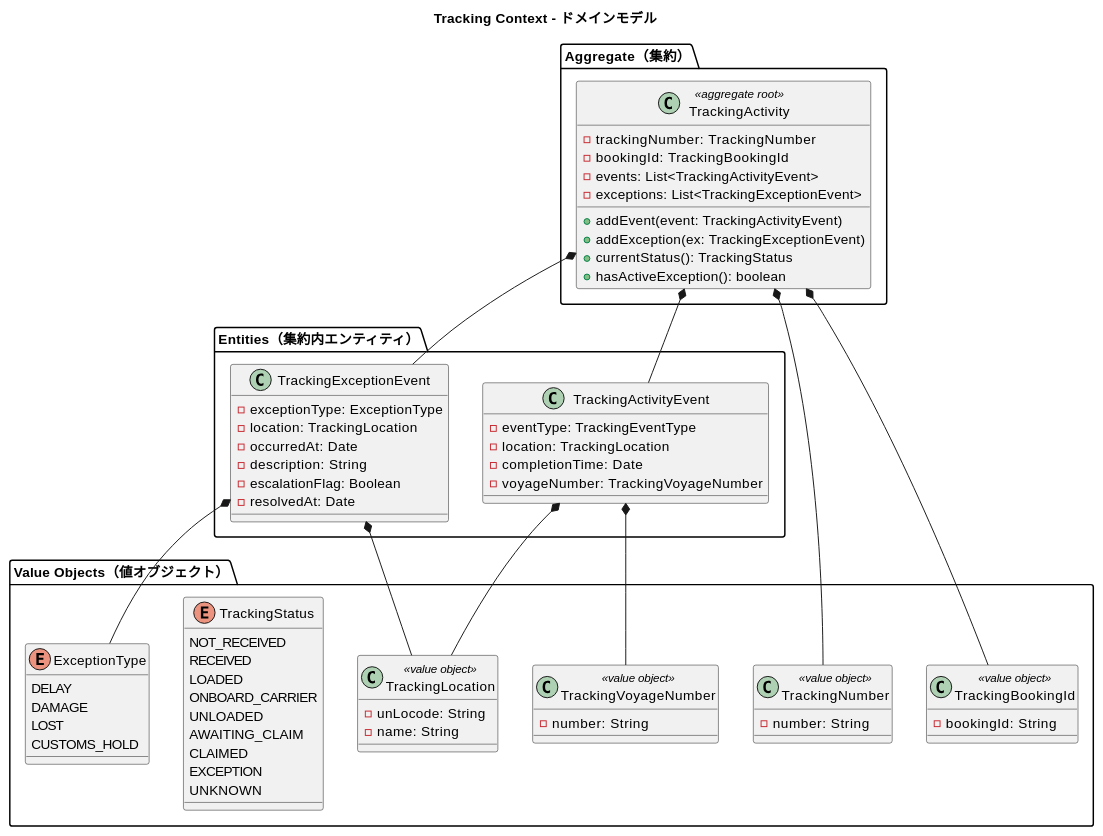
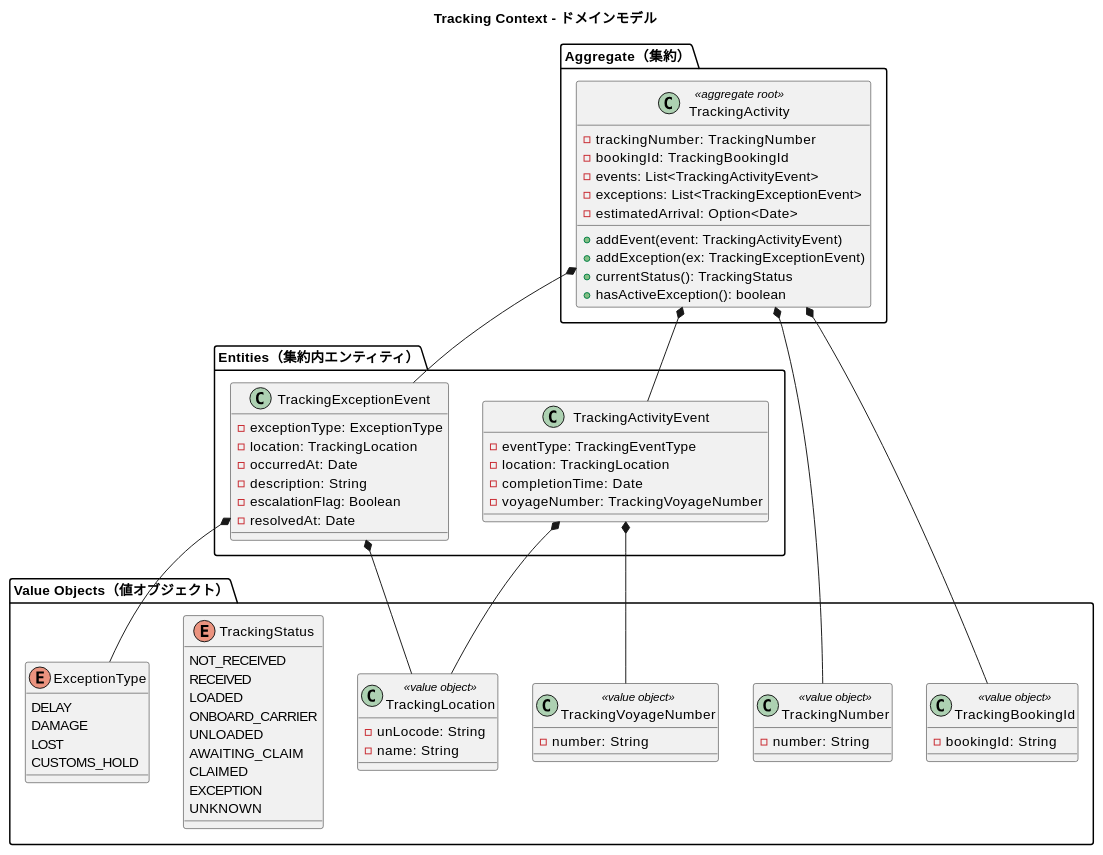
Before and after one commit to k2works/case-study-cargo-tracker: the sixth of 11 diagrams in docs/design/domain-model.md, drawn with PlantUML. The commit also changed other lines of this file and 3 other files, not shown here.

````diff
--- a/docs/design/domain-model.md
+++ b/docs/design/domain-model.md
@@ -561,78 +561,79 @@
 ```plantuml
 @startuml
 title Tracking Context - ドメインモデル
 
 package "Aggregate（集約）" {
   class TrackingActivity <<aggregate root>> {
     -trackingNumber: TrackingNumber
     -bookingId: TrackingBookingId
     -events: List<TrackingActivityEvent>
     -exceptions: List<TrackingExceptionEvent>
+    -estimatedArrival: Option<Date>
     +addEvent(event: TrackingActivityEvent)
     +addException(ex: TrackingExceptionEvent)
     +currentStatus(): TrackingStatus
     +hasActiveException(): boolean
   }
 }
 
 package "Entities（集約内エンティティ）" {
   class TrackingActivityEvent {
     -eventType: TrackingEventType
     -location: TrackingLocation
     -completionTime: Date
     -voyageNumber: TrackingVoyageNumber
   }
   class TrackingExceptionEvent {
     -exceptionType: ExceptionType
     -location: TrackingLocation
     -occurredAt: Date
     -description: String
     -escalationFlag: Boolean
     -resolvedAt: Date
   }
 }
 
 package "Value Objects（値オブジェクト）" {
   class TrackingNumber <<value object>> {
     -number: String
   }
   class TrackingBookingId <<value object>> {
     -bookingId: String
   }
   class TrackingLocation <<value object>> {
     -unLocode: String
     -name: String
   }
   class TrackingVoyageNumber <<value object>> {
     -number: String
   }
   enum TrackingStatus {
     NOT_RECEIVED
     RECEIVED
     LOADED
     ONBOARD_CARRIER
     UNLOADED
     AWAITING_CLAIM
     CLAIMED
     EXCEPTION
     UNKNOWN
   }
   enum ExceptionType {
     DELAY
     DAMAGE
     LOST
     CUSTOMS_HOLD
   }
 }
 
 TrackingActivity *-- TrackingNumber
 TrackingActivity *-- TrackingBookingId
 TrackingActivity *-- TrackingActivityEvent
 TrackingActivity *-- TrackingExceptionEvent
 TrackingActivityEvent *-- TrackingLocation
 TrackingActivityEvent *-- TrackingVoyageNumber
 TrackingExceptionEvent *-- ExceptionType
 TrackingExceptionEvent *-- TrackingLocation
 
 @enduml
 ```
````
